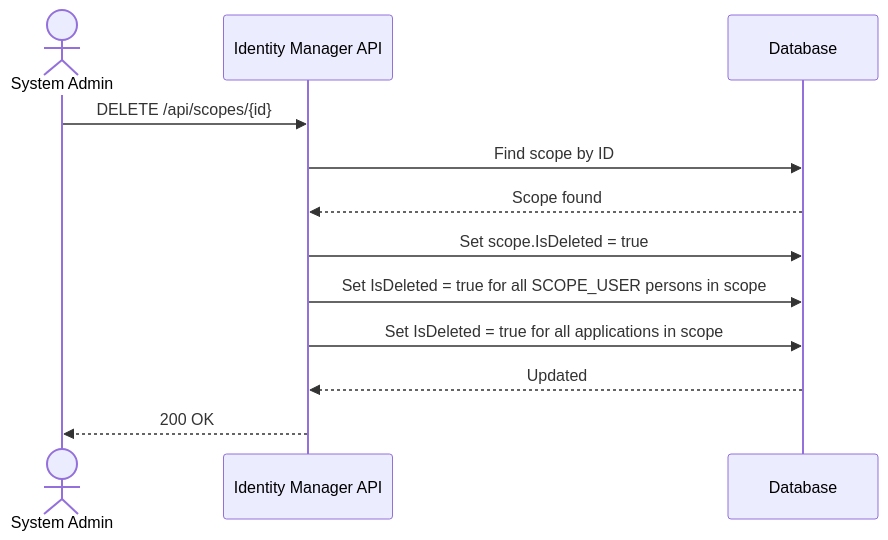
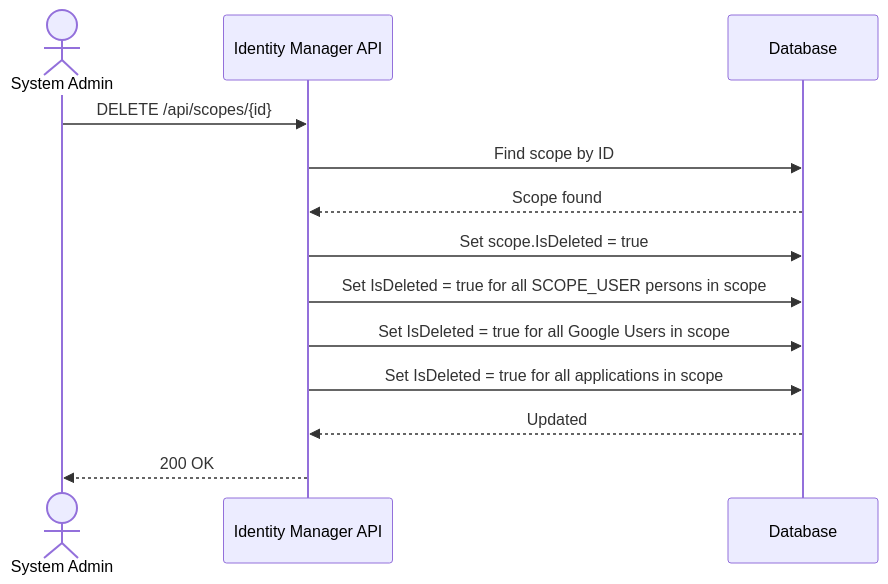
One commit to artur-rios/heimdall-api changed the third of 18 diagrams in docs/requirements/Use Case Specification Document.md. Above: the diagram before and after it, drawn with Mermaid. The commit also changed other lines of this file and 2 other files, not shown here.

First line of the commit message:
docs: add UC-04 logical delete scope spec and plan

````diff
--- a/docs/requirements/Use Case Specification Document.md
+++ b/docs/requirements/Use Case Specification Document.md
@@ -230,15 +230,16 @@
 ```mermaid
 sequenceDiagram
     actor SA as System Admin
     participant API as Identity Manager API
     participant DB as Database
 
     SA->>API: DELETE /api/scopes/{id}
     API->>DB: Find scope by ID
     DB-->>API: Scope found
     API->>DB: Set scope.IsDeleted = true
     API->>DB: Set IsDeleted = true for all SCOPE_USER persons in scope
+    API->>DB: Set IsDeleted = true for all Google Users in scope
     API->>DB: Set IsDeleted = true for all applications in scope
     DB-->>API: Updated
     API-->>SA: 200 OK
 ```
````
